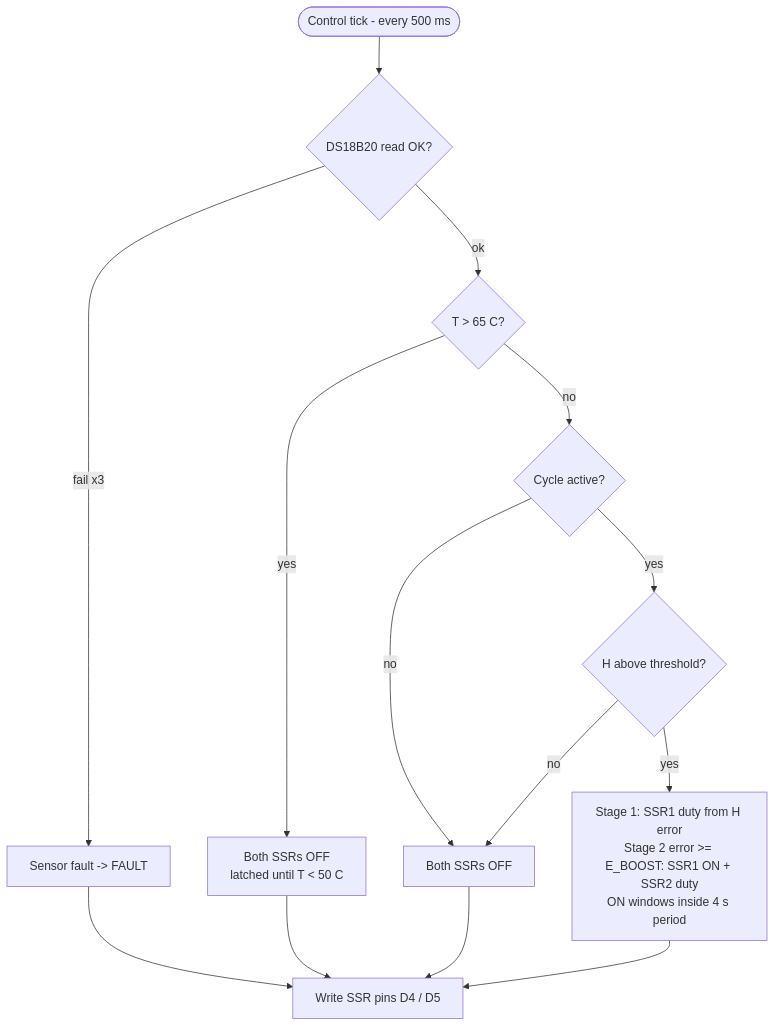
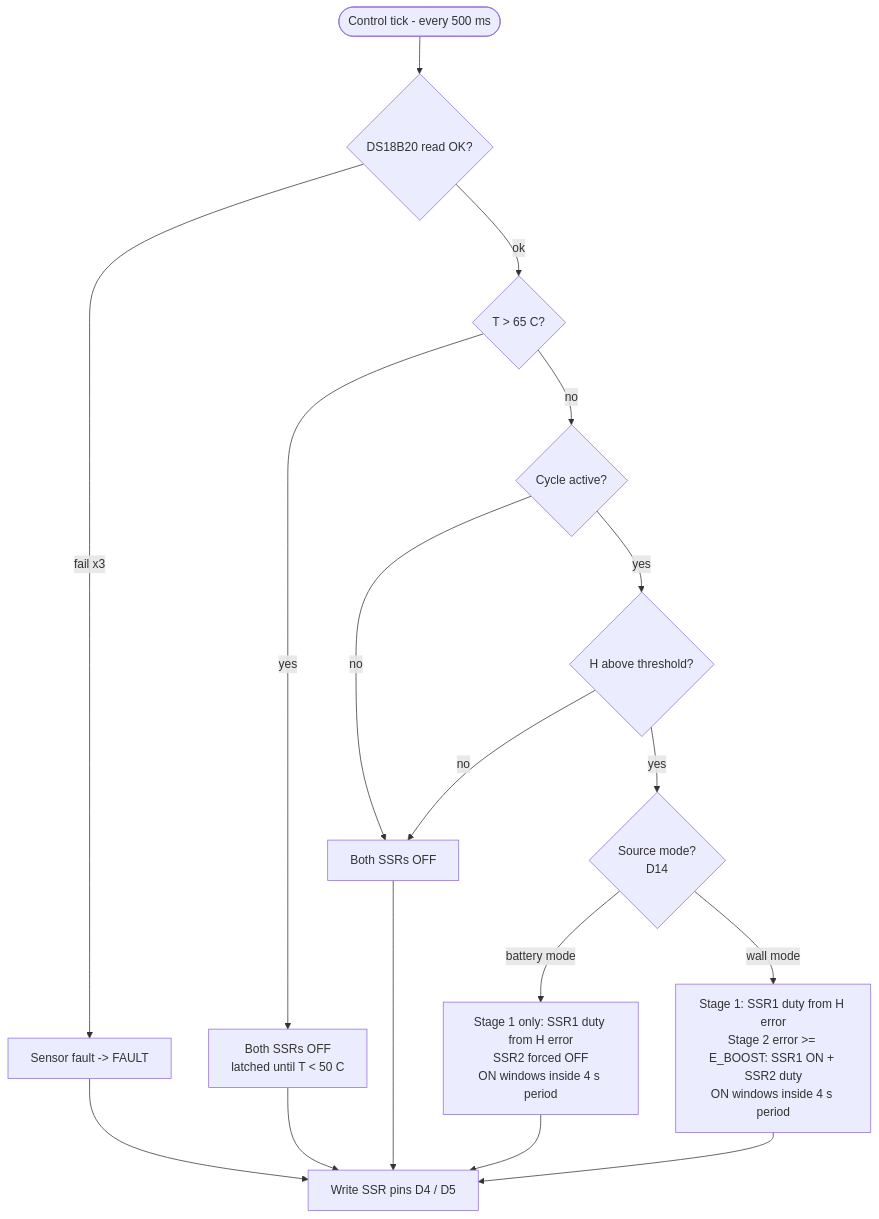
Before and after one commit to qppd/umbrella-dryer-v2: the second of 3 diagrams in docs/FLOWCHART.md, drawn with Mermaid. The commit also changed other lines of this file and 13 other files, not shown here.

First line of the commit message:
Rev 6: dual-source power — wall outlet OR 3000W pure sine inverter via changeover switch

````diff
--- a/docs/FLOWCHART.md
+++ b/docs/FLOWCHART.md
@@ -32,16 +32,19 @@
 ```mermaid
 flowchart TD
     TICK([Control tick - every 500 ms]) --> T1{DS18B20 read OK?}
     T1 -- "fail x3" --> SERR[Sensor fault -> FAULT]
     T1 -- ok --> T2{T > 65 C?}
     T2 -- yes --> OFF1[Both SSRs OFF<br/>latched until T < 50 C]
     T2 -- no --> T3{Cycle active?}
     T3 -- no --> OFF2[Both SSRs OFF]
     T3 -- yes --> T4{H above threshold?}
     T4 -- no --> OFF2
-    T4 -- yes --> STG[Stage 1: SSR1 duty from H error<br/>Stage 2 error >= E_BOOST: SSR1 ON + SSR2 duty<br/>ON windows inside 4 s period]
+    T4 -- yes --> T5{Source mode?<br/>D14}
+    T5 -- "battery mode" --> STG1[Stage 1 only: SSR1 duty from H error<br/>SSR2 forced OFF<br/>ON windows inside 4 s period]
+    T5 -- "wall mode" --> STG[Stage 1: SSR1 duty from H error<br/>Stage 2 error >= E_BOOST: SSR1 ON + SSR2 duty<br/>ON windows inside 4 s period]
     STG --> RELAY[Write SSR pins D4 / D5]
+    STG1 --> RELAY
     OFF1 --> RELAY
     OFF2 --> RELAY
     SERR --> RELAY
 ```
````
